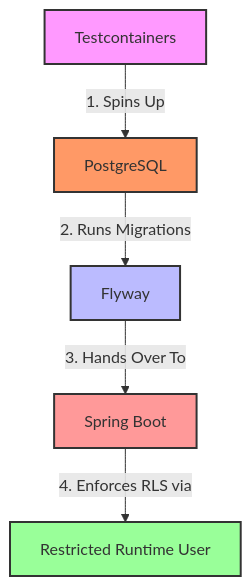
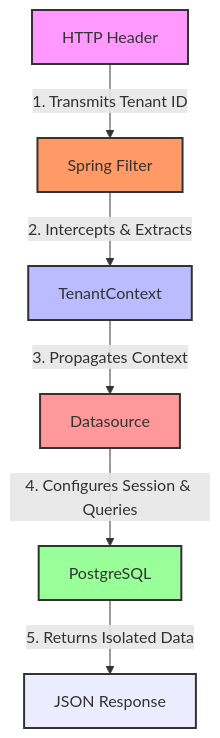
Before and after one commit to andrelsantos-dev/lab-03-spring-multitenancy: the fifth of 6 diagrams in docs/phase-07-integration-tests.md, drawn with Mermaid. The commit also changed other lines of this file and 5 other files, not shown here.

Commit message:
test(lab03): extend integration tests with tenant propagation and RLS validation

````diff
--- a/docs/phase-07-integration-tests.md
+++ b/docs/phase-07-integration-tests.md
@@ -267,22 +423,25 @@
 ```mermaid
 graph TD
     %% Node Declarations
-    Node_TC["Testcontainers"]
+    Node_Header["HTTP Header"]
+    Node_Filter["Spring Filter"]
+    Node_Ctx["TenantContext"]
+    Node_DS["Datasource"]
     Node_PG["PostgreSQL"]
-    Node_Fly["Flyway"]
-    Node_SB["Spring Boot"]
-    Node_User["Restricted Runtime User"]
+    Node_JSON["JSON Response"]
 
     %% Relationships
-    Node_TC -->|1. Spins Up| Node_PG
-    Node_PG -->|2. Runs Migrations| Node_Fly
-    Node_Fly -->|3. Hands Over To| Node_SB
-    Node_SB -->|4. Enforces RLS via| Node_User
+    Node_Header -->|1. Transmits Tenant ID| Node_Filter
+    Node_Filter -->|2. Intercepts & Extracts| Node_Ctx
+    Node_Ctx -->|3. Propagates Context| Node_DS
+    Node_DS -->|4. Configures Session & Queries| Node_PG
+    Node_PG -->|5. Returns Isolated Data| Node_JSON
 
     %% Styling
-    style Node_TC fill:#f9f,stroke:#333,stroke-width:2px
-    style Node_PG fill:#f96,stroke:#333,stroke-width:2px
-    style Node_Fly fill:#bbf,stroke:#333,stroke-width:2px
-    style Node_SB fill:#ff9999,stroke:#333,stroke-width:2px
-    style Node_User fill:#99ff99,stroke:#333,stroke-width:2px
+    style Node_Header fill:#f9f,stroke:#333,stroke-width:2px
+    style Node_Filter fill:#f96,stroke:#333,stroke-width:2px
+    style Node_Ctx fill:#bbf,stroke:#333,stroke-width:2px
+    style Node_DS fill:#ff9999,stroke:#333,stroke-width:2px
+    style Node_PG fill:#99ff99,stroke:#333,stroke-width:2px
+    style Node_JSON fill:#99bbf,stroke:#333,stroke-width:2px
 ```
````
